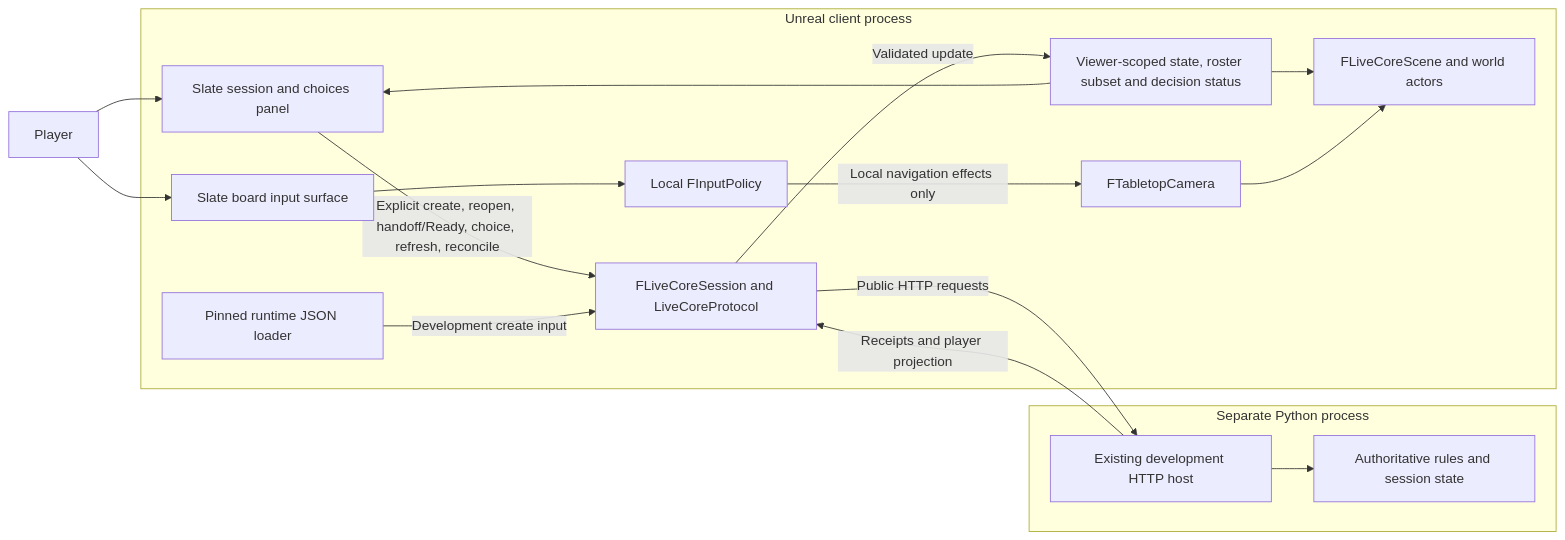
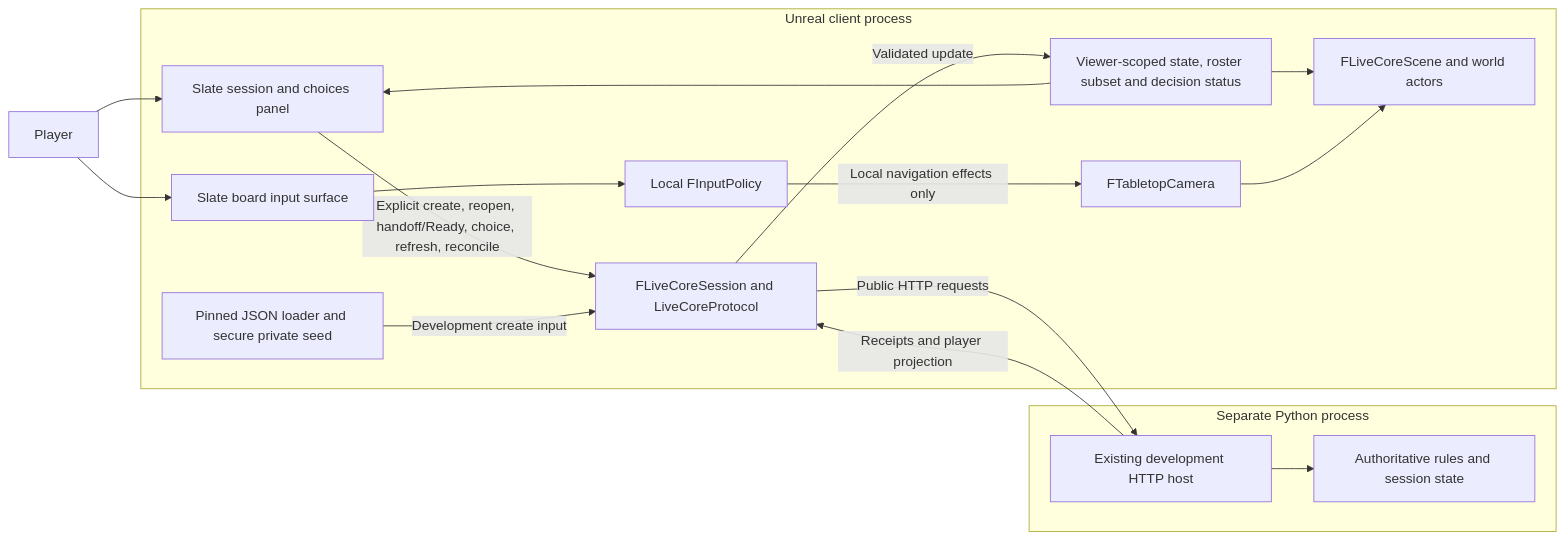
One commit to SobolGaming/Warhammer_40k_UI_unreal changed the first of 2 diagrams in architecture.md. Above: the diagram before and after it, drawn with Mermaid. The commit also changed other lines of this file and 34 other files, not shown here.

````diff
--- a/architecture.md
+++ b/architecture.md
@@ -43,31 +45,31 @@
 ```mermaid
 flowchart LR
     User[Player]
     subgraph Unreal[Unreal client process]
         Panel[Slate session and choices panel]
         Surface[Slate board input surface]
         Session[FLiveCoreSession and LiveCoreProtocol]
         State[Viewer-scoped state, roster subset and decision status]
         Scene[FLiveCoreScene and world actors]
         Camera[FTabletopCamera]
-        Data[Pinned runtime JSON loader]
+        Data[Pinned JSON loader and secure private seed]
         Policy[Local FInputPolicy]
     end
     subgraph External[Separate Python process]
         Host[Existing development HTTP host]
         Core[Authoritative rules and session state]
         Host --> Core
     end
     User --> Panel
     User --> Surface
     Panel -->|Explicit create, reopen, handoff/Ready, choice, refresh, reconcile| Session
     Data -->|Development create input| Session
     Session -->|Public HTTP requests| Host
     Host -->|Receipts and player projection| Session
     Session -->|Validated update| State
     State --> Panel
     State --> Scene
     Surface --> Policy
     Policy -->|Local navigation effects only| Camera
     Camera --> Scene
 ```
````
